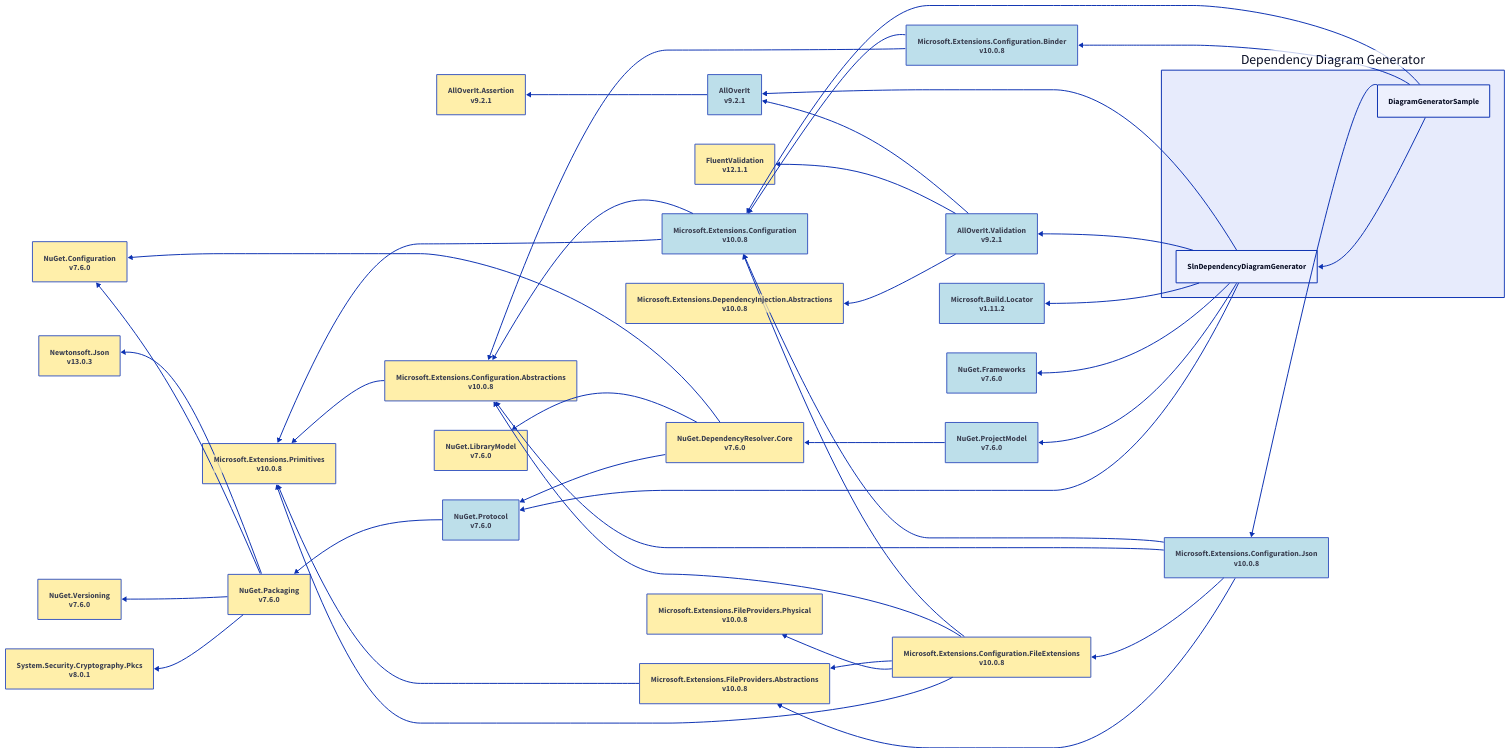
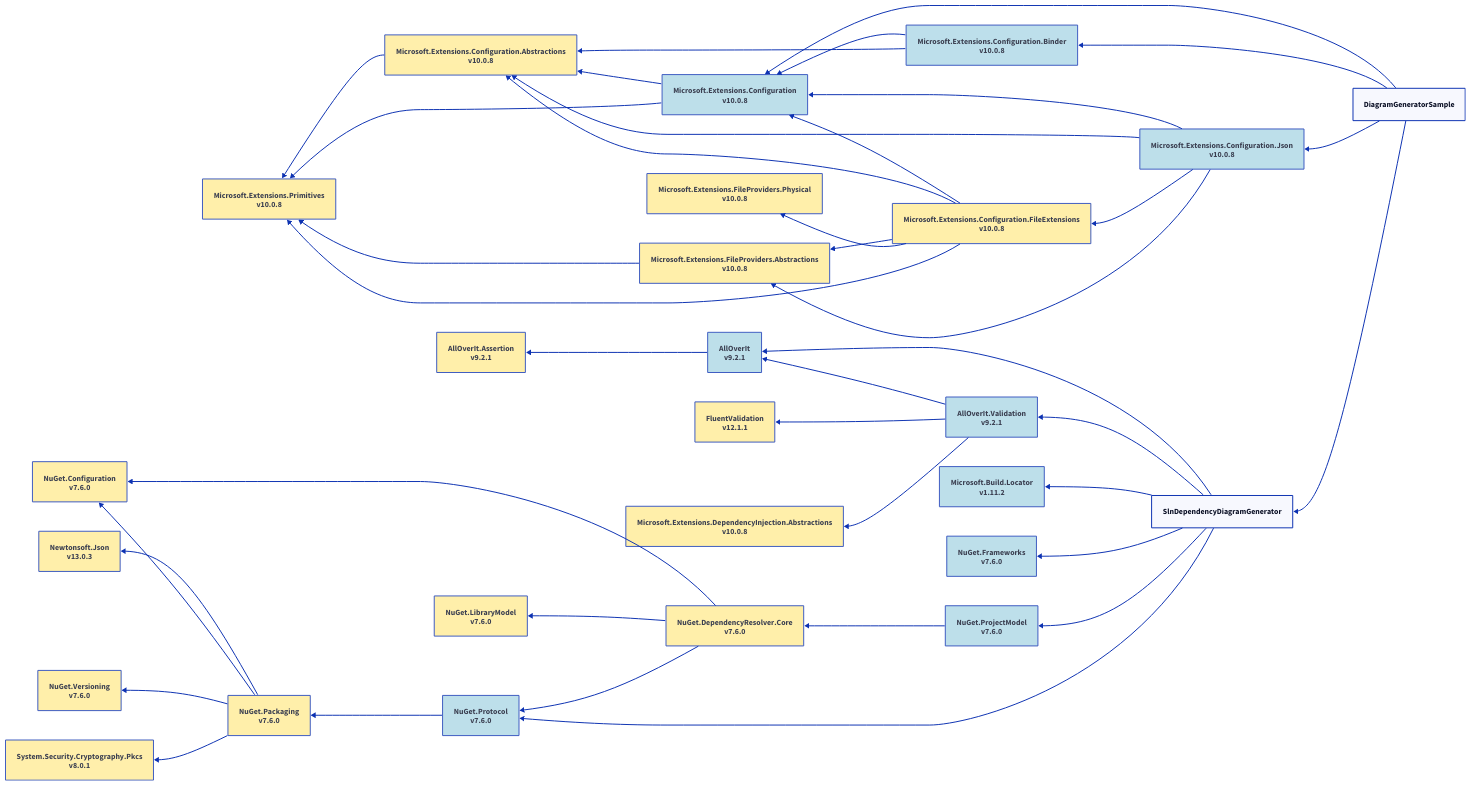
The diagram in Samples/Output/net10.0/d2/diagramgeneratorsample.d2 (mjfreelancing/SlnDependencyDiagramGenerator), drawn with D2 before and after one commit. The commit also changed 71 other files, not shown here.

Commit message:
Add support in sample app for config file overrides using env variable - allows per diagram config overrides

```diff
--- a/Samples/Output/net10.0/d2/diagramgeneratorsample.d2
+++ b/Samples/Output/net10.0/d2/diagramgeneratorsample.d2
@@ -1,117 +1,114 @@
 direction: left
 
-ddg: Dependency Diagram Generator
-ddg.diagramgeneratorsample: DiagramGeneratorSample
+diagramgeneratorsample: DiagramGeneratorSample
 microsoft-extensions-configuration_10-0-8: Microsoft.Extensions.Configuration\nv10.0.8
 microsoft-extensions-configuration-abstractions_10-0-8: Microsoft.Extensions.Configuration.Abstractions\nv10.0.8
 microsoft-extensions-primitives_10-0-8: Microsoft.Extensions.Primitives\nv10.0.8
 microsoft-extensions-configuration-binder_10-0-8: Microsoft.Extensions.Configuration.Binder\nv10.0.8
 microsoft-extensions-configuration-json_10-0-8: Microsoft.Extensions.Configuration.Json\nv10.0.8
 microsoft-extensions-configuration-fileextensions_10-0-8: Microsoft.Extensions.Configuration.FileExtensions\nv10.0.8
 microsoft-extensions-fileproviders-abstractions_10-0-8: Microsoft.Extensions.FileProviders.Abstractions\nv10.0.8
 microsoft-extensions-fileproviders-physical_10-0-8: Microsoft.Extensions.FileProviders.Physical\nv10.0.8
-ddg.slndependencydiagramgenerator: SlnDependencyDiagramGenerator
+slndependencydiagramgenerator: SlnDependencyDiagramGenerator
 alloverit_9-2-1: AllOverIt\nv9.2.1
 alloverit-assertion_9-2-1: AllOverIt.Assertion\nv9.2.1
 alloverit-validation_9-2-1: AllOverIt.Validation\nv9.2.1
 fluentvalidation_12-1-1: FluentValidation\nv12.1.1
 microsoft-extensions-dependencyinjection-abstractions_10-0-8: Microsoft.Extensions.DependencyInjection.Abstractions\nv10.0.8
 microsoft-build-locator_1-11-2: Microsoft.Build.Locator\nv1.11.2
 nuget-frameworks_7-6-0: NuGet.Frameworks\nv7.6.0
 nuget-projectmodel_7-6-0: NuGet.ProjectModel\nv7.6.0
 nuget-dependencyresolver-core_7-6-0: NuGet.DependencyResolver.Core\nv7.6.0
 nuget-configuration_7-6-0: NuGet.Configuration\nv7.6.0
 nuget-librarymodel_7-6-0: NuGet.LibraryModel\nv7.6.0
 nuget-protocol_7-6-0: NuGet.Protocol\nv7.6.0
 nuget-packaging_7-6-0: NuGet.Packaging\nv7.6.0
 newtonsoft-json_13-0-3: Newtonsoft.Json\nv13.0.3
 nuget-versioning_7-6-0: NuGet.Versioning\nv7.6.0
 system-security-cryptography-pkcs_8-0-1: System.Security.Cryptography.Pkcs\nv8.0.1
-microsoft-extensions-configuration_10-0-8 <- ddg.diagramgeneratorsample
+microsoft-extensions-configuration_10-0-8 <- diagramgeneratorsample
 microsoft-extensions-configuration-abstractions_10-0-8 <- microsoft-extensions-configuration_10-0-8
 microsoft-extensions-primitives_10-0-8 <- microsoft-extensions-configuration-abstractions_10-0-8
 microsoft-extensions-primitives_10-0-8 <- microsoft-extensions-configuration_10-0-8
-microsoft-extensions-configuration-binder_10-0-8 <- ddg.diagramgeneratorsample
+microsoft-extensions-configuration-binder_10-0-8 <- diagramgeneratorsample
 microsoft-extensions-configuration_10-0-8 <- microsoft-extensions-configuration-binder_10-0-8
 microsoft-extensions-configuration-abstractions_10-0-8 <- microsoft-extensions-configuration-binder_10-0-8
-microsoft-extensions-configuration-json_10-0-8 <- ddg.diagramgeneratorsample
+microsoft-extensions-configuration-json_10-0-8 <- diagramgeneratorsample
 microsoft-extensions-configuration_10-0-8 <- microsoft-extensions-configuration-json_10-0-8
 microsoft-extensions-configuration-abstractions_10-0-8 <- microsoft-extensions-configuration-json_10-0-8
 microsoft-extensions-configuration-fileextensions_10-0-8 <- microsoft-extensions-configuration-json_10-0-8
 microsoft-extensions-configuration_10-0-8 <- microsoft-extensions-configuration-fileextensions_10-0-8
 microsoft-extensions-configuration-abstractions_10-0-8 <- microsoft-extensions-configuration-fileextensions_10-0-8
 microsoft-extensions-fileproviders-abstractions_10-0-8 <- microsoft-extensions-configuration-fileextensions_10-0-8
 microsoft-extensions-fileproviders-physical_10-0-8 <- microsoft-extensions-configuration-fileextensions_10-0-8
 microsoft-extensions-primitives_10-0-8 <- microsoft-extensions-configuration-fileextensions_10-0-8
 microsoft-extensions-fileproviders-abstractions_10-0-8 <- microsoft-extensions-configuration-json_10-0-8
 microsoft-extensions-primitives_10-0-8 <- microsoft-extensions-fileproviders-abstractions_10-0-8
-ddg.slndependencydiagramgenerator <- ddg.diagramgeneratorsample
-alloverit_9-2-1 <- ddg.slndependencydiagramgenerator
+slndependencydiagramgenerator <- diagramgeneratorsample
+alloverit_9-2-1 <- slndependencydiagramgenerator
 alloverit-assertion_9-2-1 <- alloverit_9-2-1
-alloverit-validation_9-2-1 <- ddg.slndependencydiagramgenerator
+alloverit-validation_9-2-1 <- slndependencydiagramgenerator
 alloverit_9-2-1 <- alloverit-validation_9-2-1
 fluentvalidation_12-1-1 <- alloverit-validation_9-2-1
 microsoft-extensions-dependencyinjection-abstractions_10-0-8 <- alloverit-validation_9-2-1
-microsoft-build-locator_1-11-2 <- ddg.slndependencydiagramgenerator
-nuget-frameworks_7-6-0 <- ddg.slndependencydiagramgenerator
-nuget-projectmodel_7-6-0 <- ddg.slndependencydiagramgenerator
+microsoft-build-locator_1-11-2 <- slndependencydiagramgenerator
+nuget-frameworks_7-6-0 <- slndependencydiagramgenerator
+nuget-projectmodel_7-6-0 <- slndependencydiagramgenerator
 nuget-dependencyresolver-core_7-6-0 <- nuget-projectmodel_7-6-0
 nuget-configuration_7-6-0 <- nuget-dependencyresolver-core_7-6-0
 nuget-librarymodel_7-6-0 <- nuget-dependencyresolver-core_7-6-0
 nuget-protocol_7-6-0 <- nuget-dependencyresolver-core_7-6-0
-nuget-protocol_7-6-0 <- ddg.slndependencydiagramgenerator
+nuget-protocol_7-6-0 <- slndependencydiagramgenerator
 nuget-packaging_7-6-0 <- nuget-protocol_7-6-0
 newtonsoft-json_13-0-3 <- nuget-packaging_7-6-0
 nuget-configuration_7-6-0 <- nuget-packaging_7-6-0
 nuget-versioning_7-6-0 <- nuget-packaging_7-6-0
 system-security-cryptography-pkcs_8-0-1 <- nuget-packaging_7-6-0
 microsoft-extensions-configuration_10-0-8.style.fill: "#ADD8E6"
 microsoft-extensions-configuration_10-0-8.style.opacity: 0.8
 microsoft-extensions-configuration-abstractions_10-0-8.style.fill: "#FFEC96"
 microsoft-extensions-configuration-abstractions_10-0-8.style.opacity: 0.8
 microsoft-extensions-primitives_10-0-8.style.fill: "#FFEC96"
 microsoft-extensions-primitives_10-0-8.style.opacity: 0.8
 microsoft-extensions-configuration-binder_10-0-8.style.fill: "#ADD8E6"
 microsoft-extensions-configuration-binder_10-0-8.style.opacity: 0.8
 microsoft-extensions-configuration-json_10-0-8.style.fill: "#ADD8E6"
 microsoft-extensions-configuration-json_10-0-8.style.opacity: 0.8
 microsoft-extensions-configuration-fileextensions_10-0-8.style.fill: "#FFEC96"
 microsoft-extensions-configuration-fileextensions_10-0-8.style.opacity: 0.8
 microsoft-extensions-fileproviders-abstractions_10-0-8.style.fill: "#FFEC96"
 microsoft-extensions-fileproviders-abstractions_10-0-8.style.opacity: 0.8
 microsoft-extensions-fileproviders-physical_10-0-8.style.fill: "#FFEC96"
 microsoft-extensions-fileproviders-physical_10-0-8.style.opacity: 0.8
 alloverit_9-2-1.style.fill: "#ADD8E6"
 alloverit_9-2-1.style.opacity: 0.8
 alloverit-assertion_9-2-1.style.fill: "#FFEC96"
 alloverit-assertion_9-2-1.style.opacity: 0.8
 alloverit-validation_9-2-1.style.fill: "#ADD8E6"
 alloverit-validation_9-2-1.style.opacity: 0.8
 fluentvalidation_12-1-1.style.fill: "#FFEC96"
 fluentvalidation_12-1-1.style.opacity: 0.8
 microsoft-extensions-dependencyinjection-abstractions_10-0-8.style.fill: "#FFEC96"
 microsoft-extensions-dependencyinjection-abstractions_10-0-8.style.opacity: 0.8
 microsoft-build-locator_1-11-2.style.fill: "#ADD8E6"
 microsoft-build-locator_1-11-2.style.opacity: 0.8
 nuget-frameworks_7-6-0.style.fill: "#ADD8E6"
 nuget-frameworks_7-6-0.style.opacity: 0.8
 nuget-projectmodel_7-6-0.style.fill: "#ADD8E6"
 nuget-projectmodel_7-6-0.style.opacity: 0.8
 nuget-dependencyresolver-core_7-6-0.style.fill: "#FFEC96"
 nuget-dependencyresolver-core_7-6-0.style.opacity: 0.8
 nuget-configuration_7-6-0.style.fill: "#FFEC96"
 nuget-configuration_7-6-0.style.opacity: 0.8
 nuget-librarymodel_7-6-0.style.fill: "#FFEC96"
 nuget-librarymodel_7-6-0.style.opacity: 0.8
 nuget-protocol_7-6-0.style.fill: "#ADD8E6"
 nuget-protocol_7-6-0.style.opacity: 0.8
 nuget-packaging_7-6-0.style.fill: "#FFEC96"
 nuget-packaging_7-6-0.style.opacity: 0.8
 newtonsoft-json_13-0-3.style.fill: "#FFEC96"
 newtonsoft-json_13-0-3.style.opacity: 0.8
 nuget-versioning_7-6-0.style.fill: "#FFEC96"
 nuget-versioning_7-6-0.style.opacity: 0.8
 system-security-cryptography-pkcs_8-0-1.style.fill: "#FFEC96"
 system-security-cryptography-pkcs_8-0-1.style.opacity: 0.8
-ddg.style.fill: "#E7EBFC"
-ddg.style.opacity: 1
```
